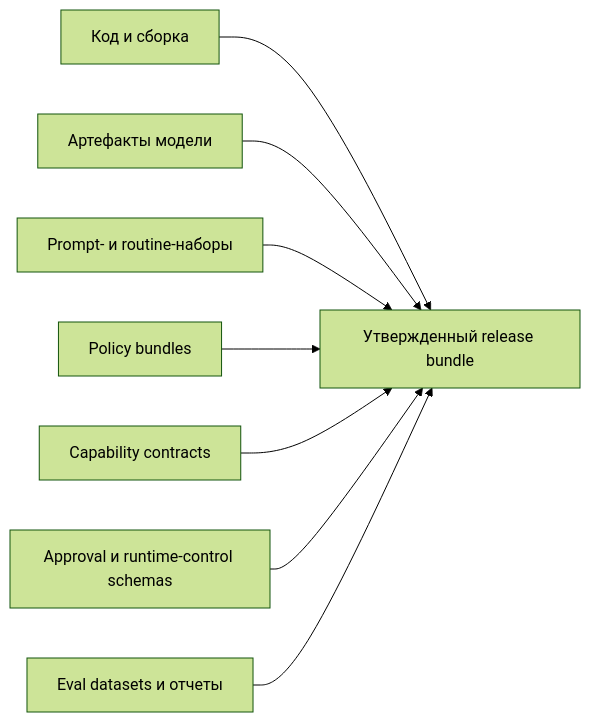
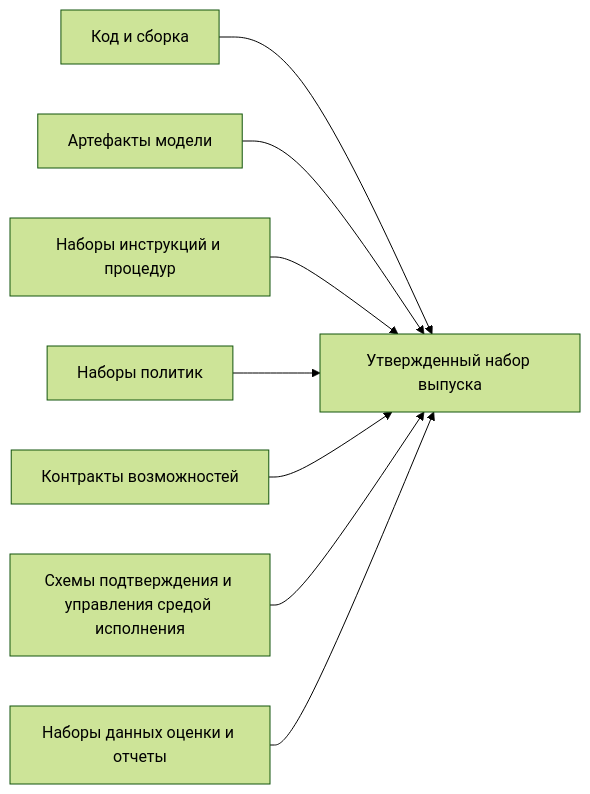
Before and after one commit to agent-axiom/agent-arch: the diagram in docs/book/part-viii/chapter-22.md, drawn with Mermaid (forest theme). The commit also changed other lines of this file and 26 other files, not shown here.

````diff
--- a/docs/book/part-viii/chapter-22.md
+++ b/docs/book/part-viii/chapter-22.md
@@ -124,10 +124,10 @@
 ``` mermaid
 flowchart LR
-    A["Код и сборка"] --> G["Утвержденный release bundle"]
+    A["Код и сборка"] --> G["Утвержденный набор выпуска"]
     B["Артефакты модели"] --> G
-    C["Prompt- и routine-наборы"] --> G
-    D["Policy bundles"] --> G
-    E["Capability contracts"] --> G
-    F["Approval и runtime-control schemas"] --> G
-    H["Eval datasets и отчеты"] --> G
+    C["Наборы инструкций и процедур"] --> G
+    D["Наборы политик"] --> G
+    E["Контракты возможностей"] --> G
+    F["Схемы подтверждения и управления средой исполнения"] --> G
+    H["Наборы данных оценки и отчеты"] --> G
 ```
````
